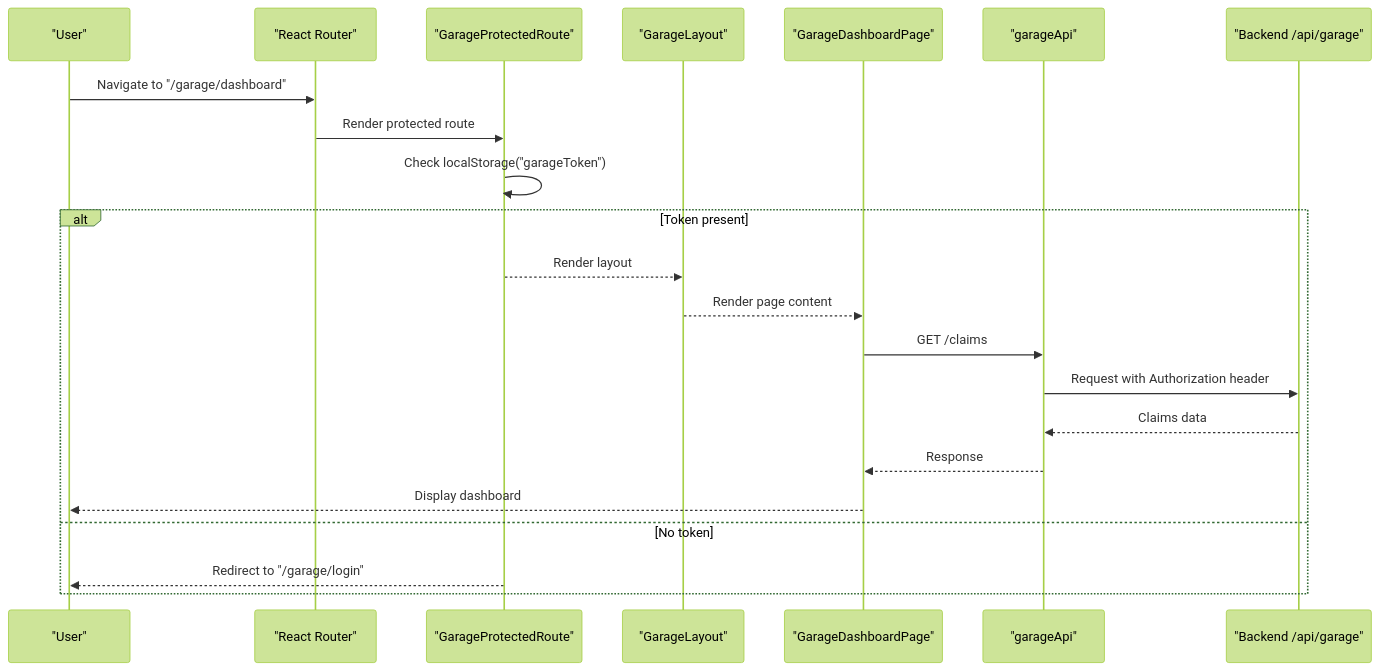
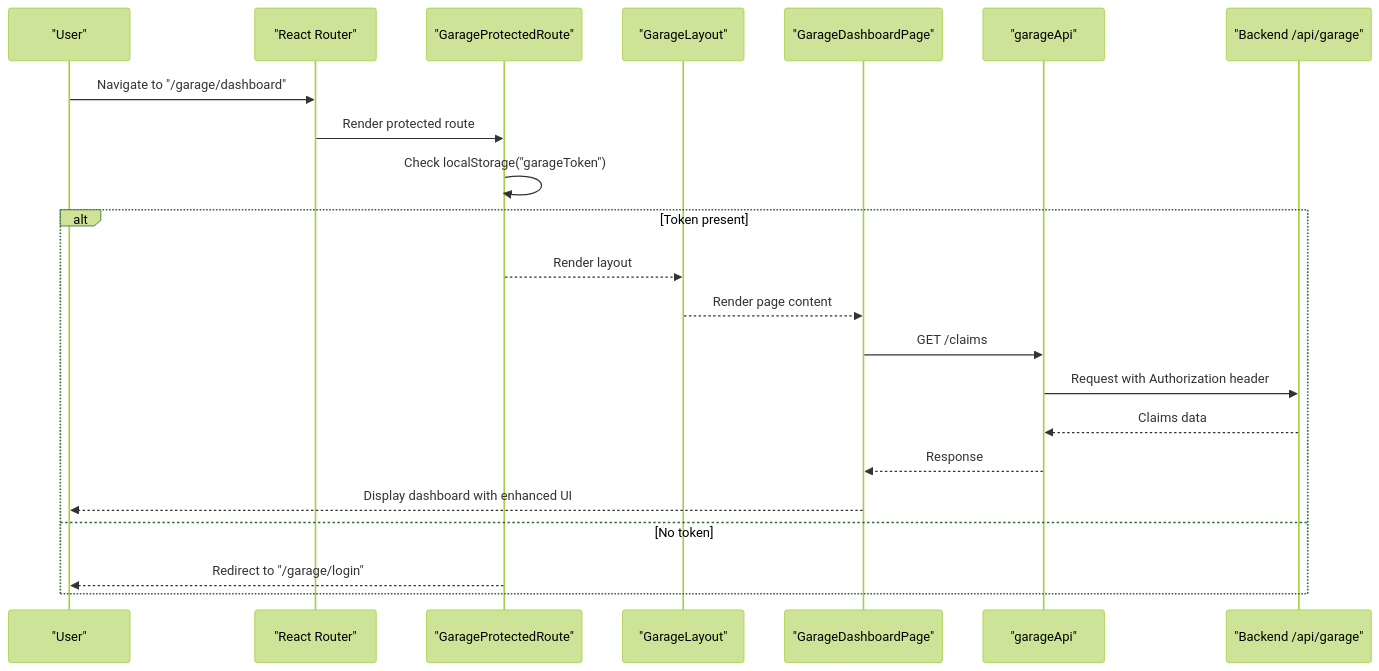
Before and after one commit to NaveenHiranya/Smart-Vehicle-Insurance-Claim-System: the second of 8 diagrams in .qoder/repowiki/en/content/Frontend Documentation/Garage Frontend Interface.md, drawn with Mermaid (forest theme). The commit also changed other lines of this file and 35 other files, not shown here.

````diff
--- a/.qoder/repowiki/en/content/Frontend Documentation/Garage Frontend Interface.md
+++ b/.qoder/repowiki/en/content/Frontend Documentation/Garage Frontend Interface.md
@@ -84,24 +96,24 @@
 ```mermaid
 sequenceDiagram
 participant U as "User"
 participant R as "React Router"
 participant GPR as "GarageProtectedRoute"
 participant GL as "GarageLayout"
 participant GP as "GarageDashboardPage"
 participant GA as "garageApi"
 participant BE as "Backend /api/garage"
 U->>R : Navigate to "/garage/dashboard"
 R->>GPR : Render protected route
 GPR->>GPR : Check localStorage("garageToken")
 alt Token present
 GPR-->>GL : Render layout
 GL-->>GP : Render page content
 GP->>GA : GET /claims
 GA->>BE : Request with Authorization header
 BE-->>GA : Claims data
 GA-->>GP : Response
-GP-->>U : Display dashboard
+GP-->>U : Display dashboard with enhanced UI
 else No token
 GPR-->>U : Redirect to "/garage/login"
 end
 ```
````
